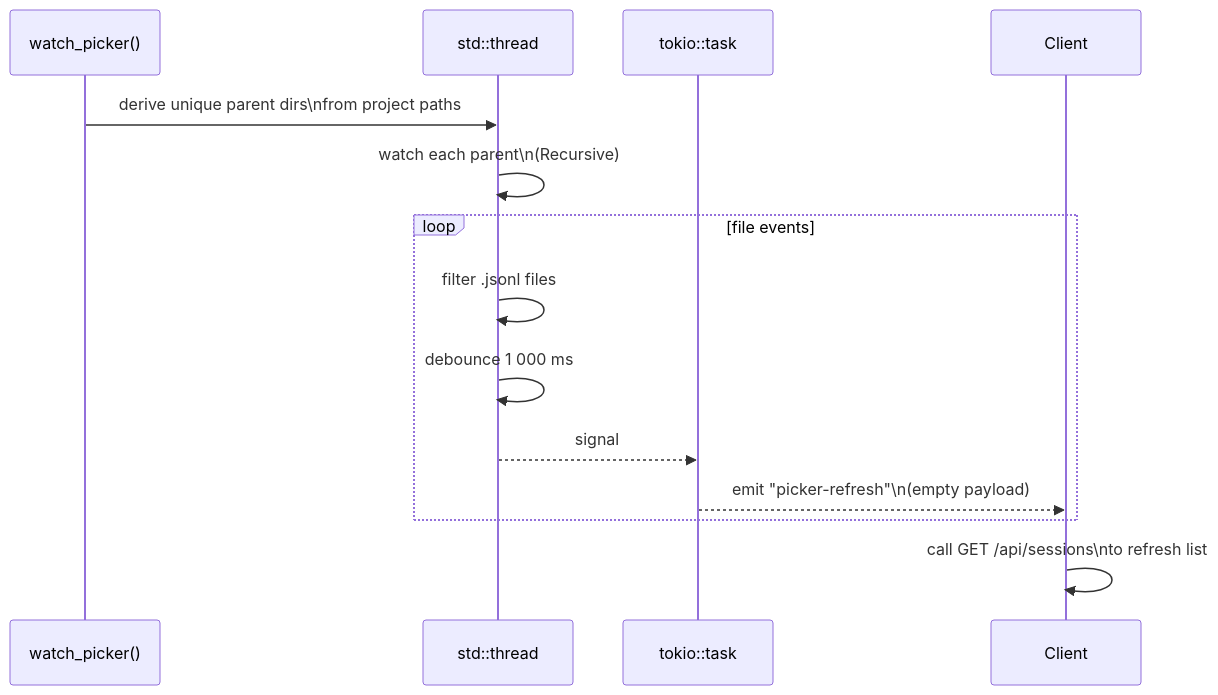
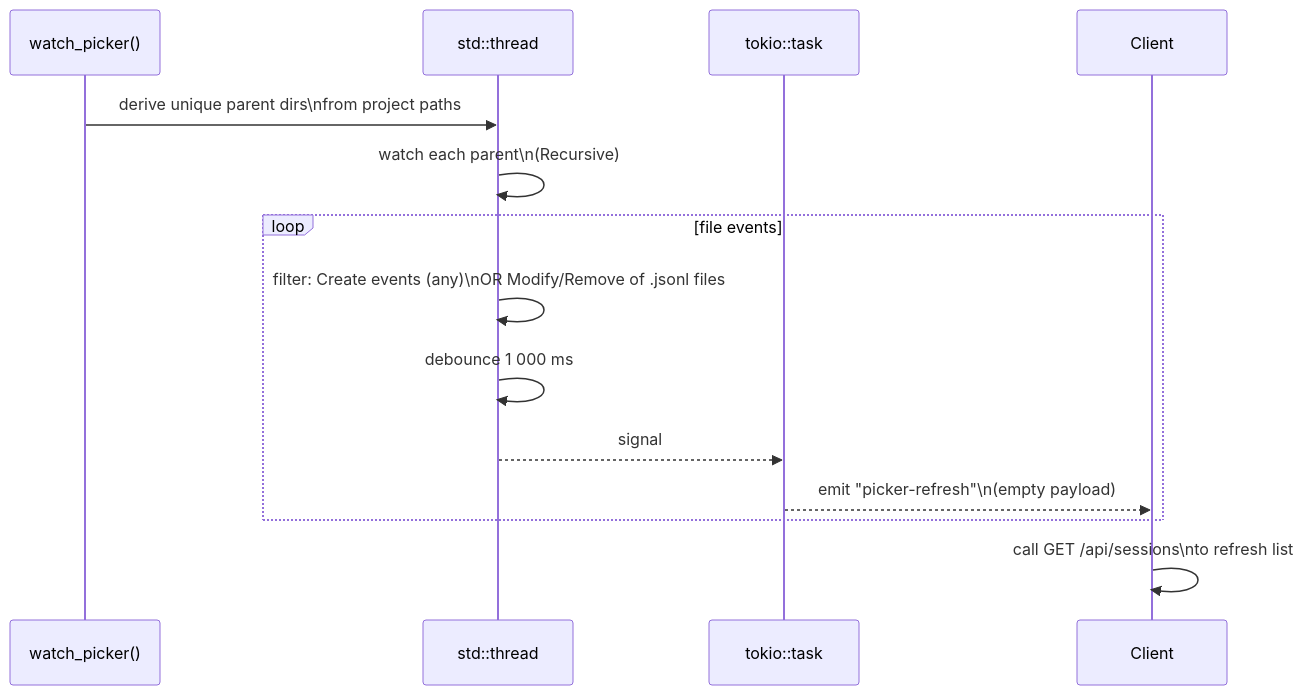
Before and after one commit to delexw/claude-code-trace: the fourth of 8 diagrams in specs/02-file-watcher.md, drawn with Mermaid. The commit also changed 2 other files, not shown here.

Commit message:
test(dategroup): fix midnight boundary flakiness in multiple_sessions_same_category_grouped
Anchor both sessions to noon today instead of Utc::now() - 5min.
Running the test between 00:00 and 00:04 local time caused the earlier
session to fall into Yesterday, producing 2 groups instead of 1.

````diff
--- a/specs/02-file-watcher.md
+++ b/specs/02-file-watcher.md
@@ -117,19 +117,19 @@
 ```mermaid
 sequenceDiagram
     participant CMD as watch_picker()
     participant WT as std::thread
     participant TK as tokio::task
     participant CL as Client
 
     CMD ->> WT: derive unique parent dirs\nfrom project paths
     WT ->> WT: watch each parent\n(Recursive)
 
     loop file events
-        WT ->> WT: filter .jsonl files
+        WT ->> WT: filter: Create events (any)\nOR Modify/Remove of .jsonl files
         WT ->> WT: debounce 1 000 ms
         WT -->> TK: signal
         TK -->> CL: emit "picker-refresh"\n(empty payload)
     end
 
     CL ->> CL: call GET /api/sessions\nto refresh list
 ```
````
